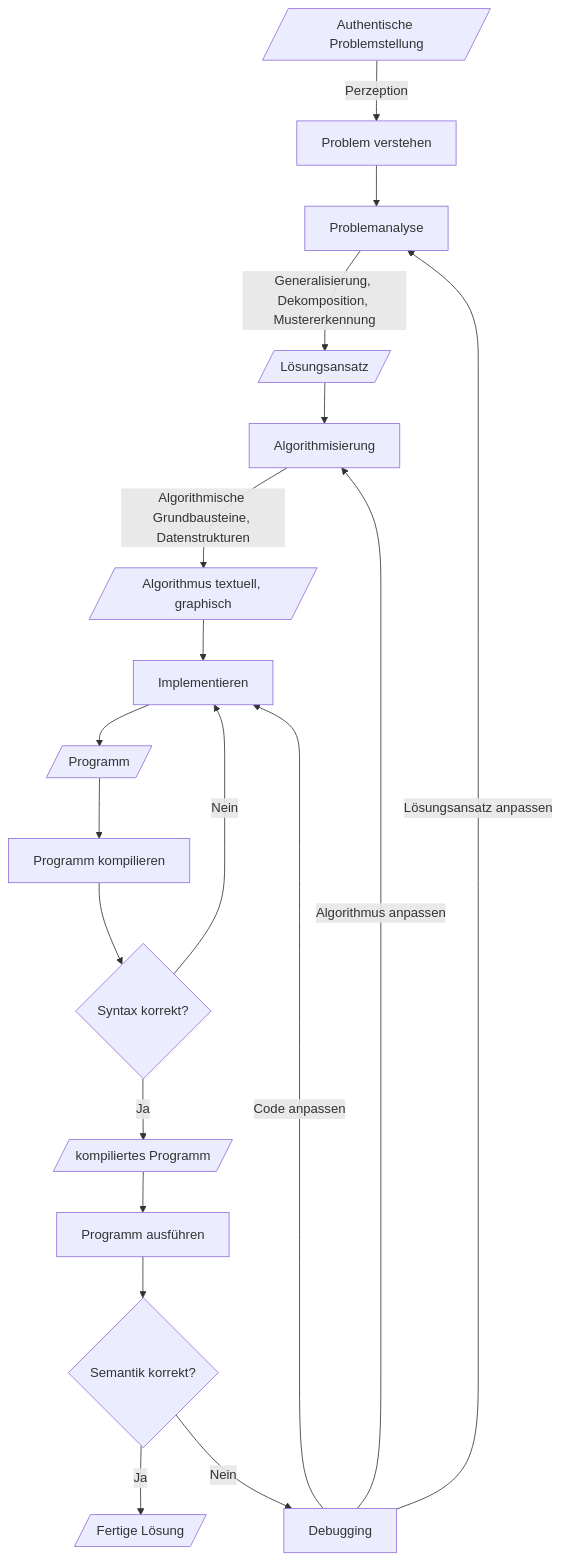
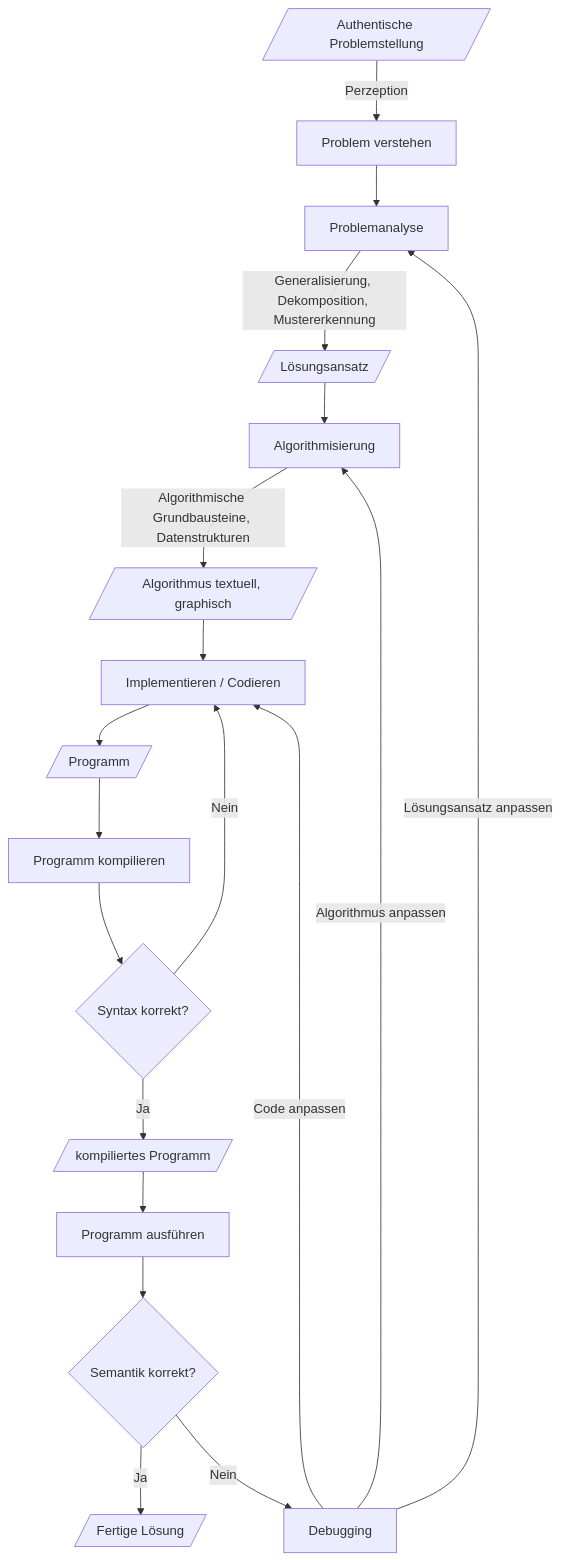
The diagram in README.md (clander/voprogrammieren), drawn with Mermaid before and after one commit.

Commit message:
Diagramm angeapsst

````diff
--- a/README.md
+++ b/README.md
@@ -227,21 +227,21 @@
 ```mermaid
 flowchart TD
     A[/Authentische Problemstellung/] 
     --> |Perzeption|B[Problem verstehen] 
     --> C[Problemanalyse] 
     --> |Generalisierung, Dekomposition, Mustererkennung|D[/Lösungsansatz/] 
     --> E[Algorithmisierung] 
     --> |Algorithmische Grundbausteine, Datenstrukturen| F[/Algorithmus textuell, graphisch/] 
-    --> G[Implementieren] 
+    --> G[Implementieren / Codieren] 
     --> H[/Programm/]
     --> I[Programm kompilieren] 
     --> J{Syntax korrekt?}
     --> |Nein| G
     J -->|Ja| K[/kompiliertes Programm/] 
     K --> L[Programm ausführen]
     --> N{Semantik korrekt?} 
     -->|Ja| O[/Fertige Lösung/]
     N --> |Nein| M[Debugging]-->|Code anpassen|G
     M -->|Lösungsansatz anpassen|C
     M --> |Algorithmus anpassen|E
 ```
````
